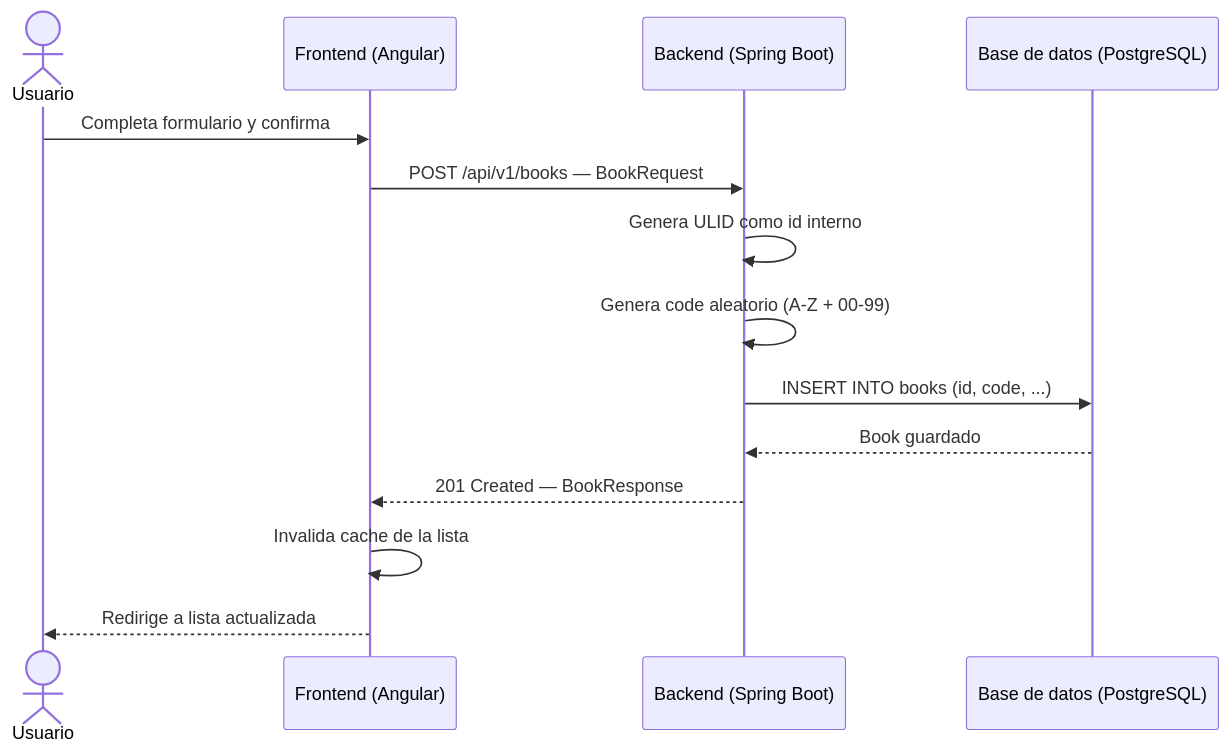
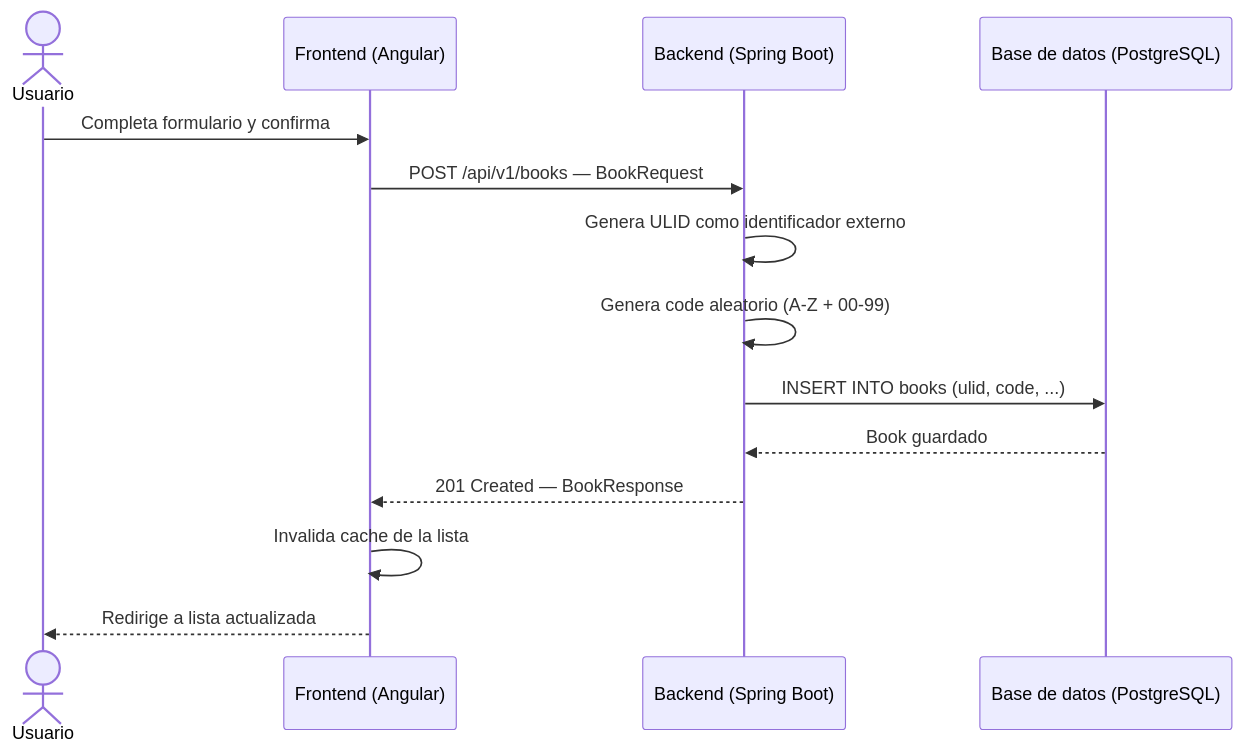
One commit to pakodiazdev/atreyu-library changed the fourth of 5 diagrams in docs/diagrams/sequence-diagrams.md. Above: the diagram before and after it, drawn with Mermaid. The commit also changed other lines of this file, not shown here.

First line of the commit message:
🐛 [#060] - Corregir inconsistencias en diagramas de secuencia UML 🐛

````diff
--- a/docs/diagrams/sequence-diagrams.md
+++ b/docs/diagrams/sequence-diagrams.md
@@ -69,17 +86,17 @@
 ```mermaid
 sequenceDiagram
     actor Usuario
     participant FE as Frontend (Angular)
     participant BE as Backend (Spring Boot)
     participant DB as Base de datos (PostgreSQL)
 
     Usuario->>FE: Completa formulario y confirma
     FE->>BE: POST /api/v1/books — BookRequest
-    BE->>BE: Genera ULID como id interno
+    BE->>BE: Genera ULID como identificador externo
     BE->>BE: Genera code aleatorio (A-Z + 00-99)
-    BE->>DB: INSERT INTO books (id, code, ...)
+    BE->>DB: INSERT INTO books (ulid, code, ...)
     DB-->>BE: Book guardado
     BE-->>FE: 201 Created — BookResponse
     FE->>FE: Invalida cache de la lista
     FE-->>Usuario: Redirige a lista actualizada
 ```
````
